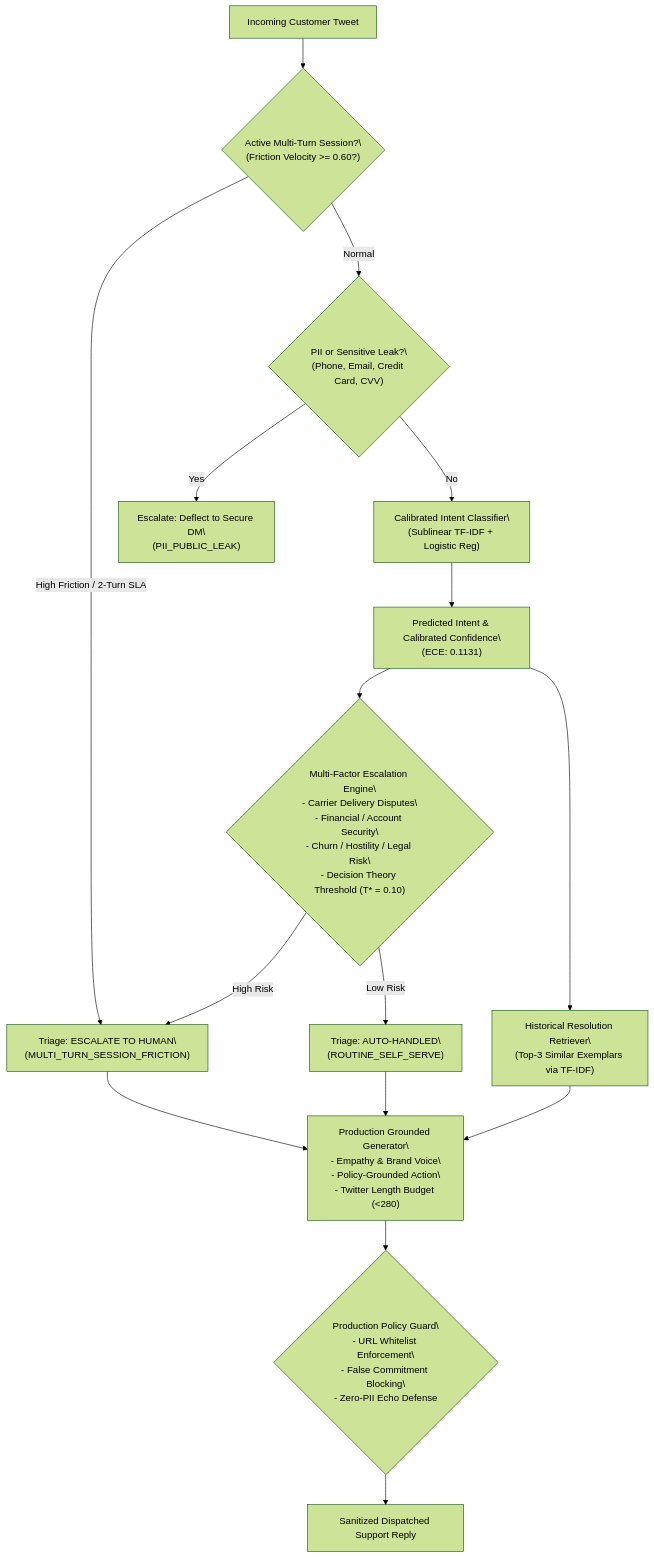
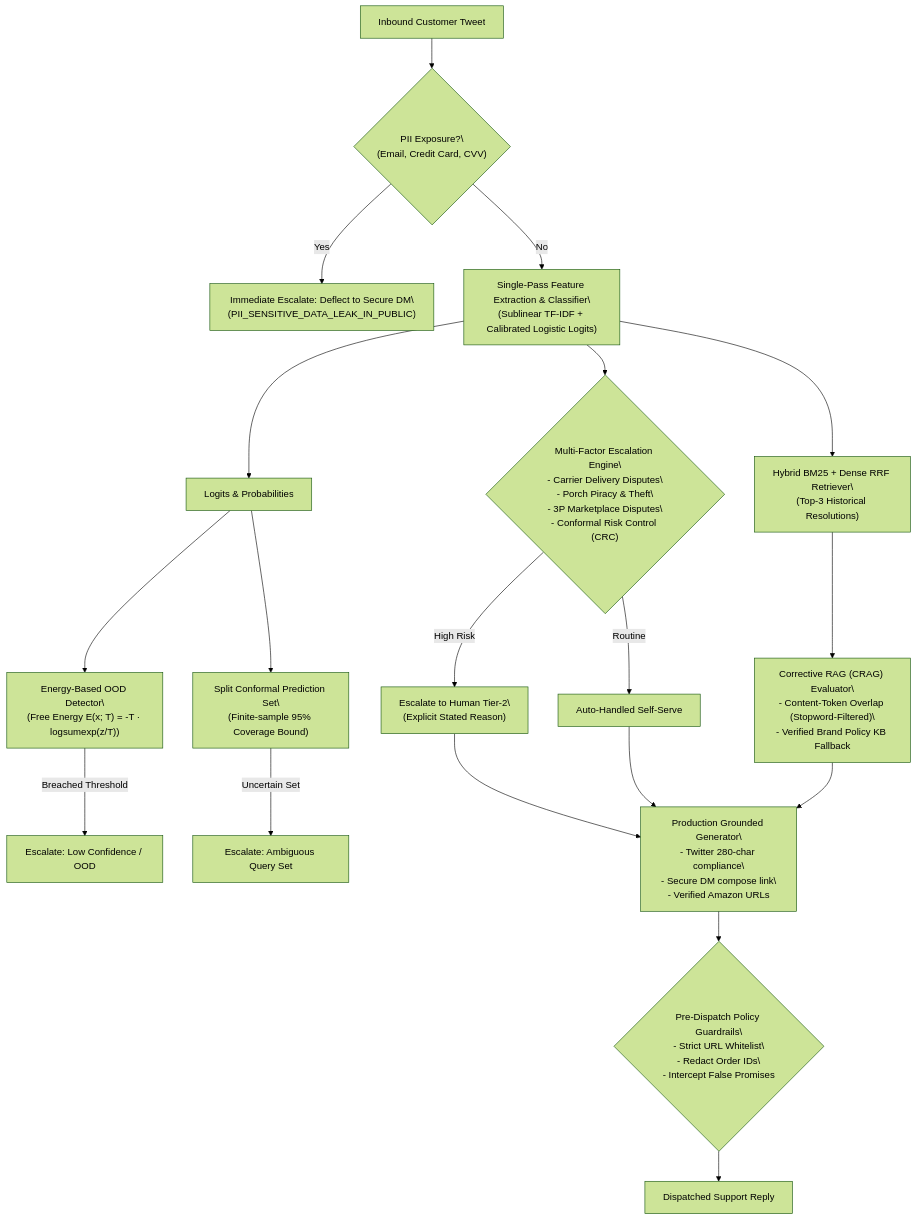
Before and after one commit to Vedant817/amazonhelp-support-triage: the diagram in README.md, drawn with Mermaid (forest theme). The commit also changed other lines of this file and 1 other file, not shown here.

Commit message:
docs: update comprehensive engineering report and README with REST API and CRC guarantees

````diff
--- a/README.md
+++ b/README.md
@@ -75,26 +89,29 @@
 ```mermaid
 flowchart TD
-    CustomerTweet["Incoming Customer Tweet"] --> SessionCheck{"Active Multi-Turn Session?\\n(Friction Velocity >= 0.60?)"}
-    SessionCheck -- High Friction / 2-Turn SLA --> EscalateHuman["Triage: ESCALATE TO HUMAN\\n(MULTI_TURN_SESSION_FRICTION)"]
-    SessionCheck -- Normal --> PII_Check{"PII or Sensitive Leak?\\n(Phone, Email, Credit Card, CVV)"}
+    Inbound["Inbound Customer Tweet"] --> PII_Check{"PII Exposure?\\n(Email, Credit Card, CVV)"}
+    PII_Check -- Yes --> EscalatePII["Immediate Escalate: Deflect to Secure DM\\n(PII_SENSITIVE_DATA_LEAK_IN_PUBLIC)"]
     
-    PII_Check -- Yes --> EscalatePII["Escalate: Deflect to Secure DM\\n(PII_PUBLIC_LEAK)"]
-    PII_Check -- No --> IntentClassifier["Calibrated Intent Classifier\\n(Sublinear TF-IDF + Logistic Reg)"]
+    PII_Check -- No --> SinglePass["Single-Pass Feature Extraction & Classifier\\n(Sublinear TF-IDF + Calibrated Logistic Logits)"]
     
-    IntentClassifier --> IntentPrediction["Predicted Intent & Calibrated Confidence\\n(ECE: 0.1131)"]
+    SinglePass --> IntentLogits["Logits & Probabilities"]
+    IntentLogits --> ConformalSet["Split Conformal Prediction Set\\n(Finite-sample 95% Coverage Bound)"]
+    IntentLogits --> EnergyOOD["Energy-Based OOD Detector\\n(Free Energy E(x; T) = -T · logsumexp(z/T))"]
     
-    IntentPrediction --> RiskEngine{"Multi-Factor Escalation Engine\\n- Carrier Delivery Disputes\\n- Financial / Account Security\\n- Churn / Hostility / Legal Risk\\n- Decision Theory Threshold (T* = 0.10)"}
+    SinglePass --> RiskHierarchy{"Multi-Factor Escalation Engine\\n- Carrier Delivery Disputes\\n- Porch Piracy & Theft\\n- 3P Marketplace Disputes\\n- Conformal Risk Control (CRC)"}
     
-    RiskEngine -- High Risk --> EscalateHuman
-    RiskEngine -- Low Risk --> AutoHandle["Triage: AUTO-HANDLED\\n(ROUTINE_SELF_SERVE)"]
+    EnergyOOD -- Breached Threshold --> EscalateOOD["Escalate: Low Confidence / OOD"]
+    ConformalSet -- Uncertain Set --> EscalateConf["Escalate: Ambiguous Query Set"]
+    RiskHierarchy -- High Risk --> EscalateHuman["Escalate to Human Tier-2\\n(Explicit Stated Reason)"]
+    RiskHierarchy -- Routine --> AutoHandle["Auto-Handled Self-Serve"]
     
-    IntentPrediction --> Retriever["Historical Resolution Retriever\\n(Top-3 Similar Exemplars via TF-IDF)"]
+    SinglePass --> HybridRetriever["Hybrid BM25 + Dense RRF Retriever\\n(Top-3 Historical Resolutions)"]
+    HybridRetriever --> CRAG["Corrective RAG (CRAG) Evaluator\\n- Content-Token Overlap (Stopword-Filtered)\\n- Verified Brand Policy KB Fallback"]
     
-    Retriever --> Generator["Production Grounded Generator\\n- Empathy & Brand Voice\\n- Policy-Grounded Action\\n- Twitter Length Budget (<280)"]
-    EscalateHuman --> Generator
-    AutoHandle --> Generator
+    EscalateHuman --> GroundedGen["Production Grounded Generator\\n- Twitter 280-char compliance\\n- Secure DM compose link\\n- Verified Amazon URLs"]
+    AutoHandle --> GroundedGen
+    CRAG --> GroundedGen
     
-    Generator --> PolicyGuard{"Production Policy Guard\\n- URL Whitelist Enforcement\\n- False Commitment Blocking\\n- Zero-PII Echo Defense"}
+    GroundedGen --> Guardrails{"Pre-Dispatch Policy Guardrails\\n- Strict URL Whitelist\\n- Redact Order IDs\\n- Intercept False Promises"}
     
-    PolicyGuard --> Dispatch["Sanitized Dispatched Support Reply"]
+    Guardrails --> DispatchedReply["Dispatched Support Reply"]
 ```
````
